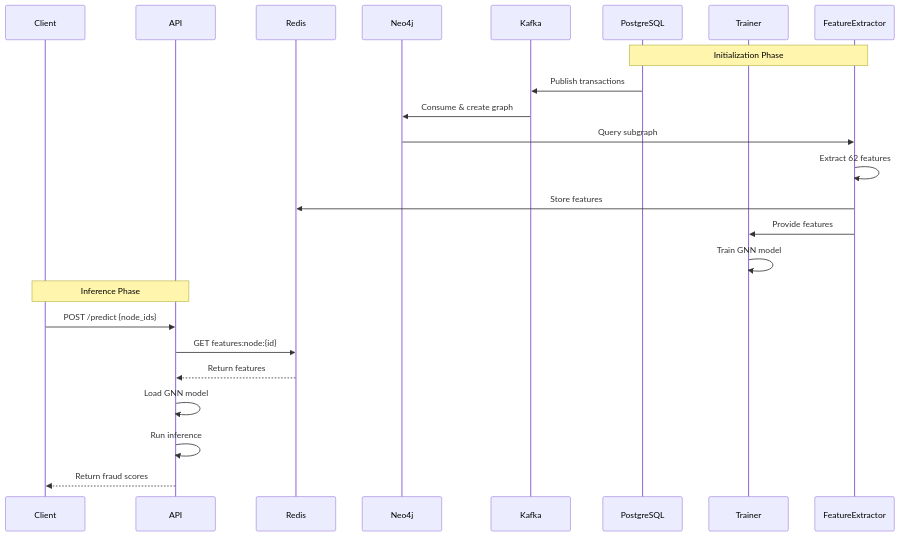
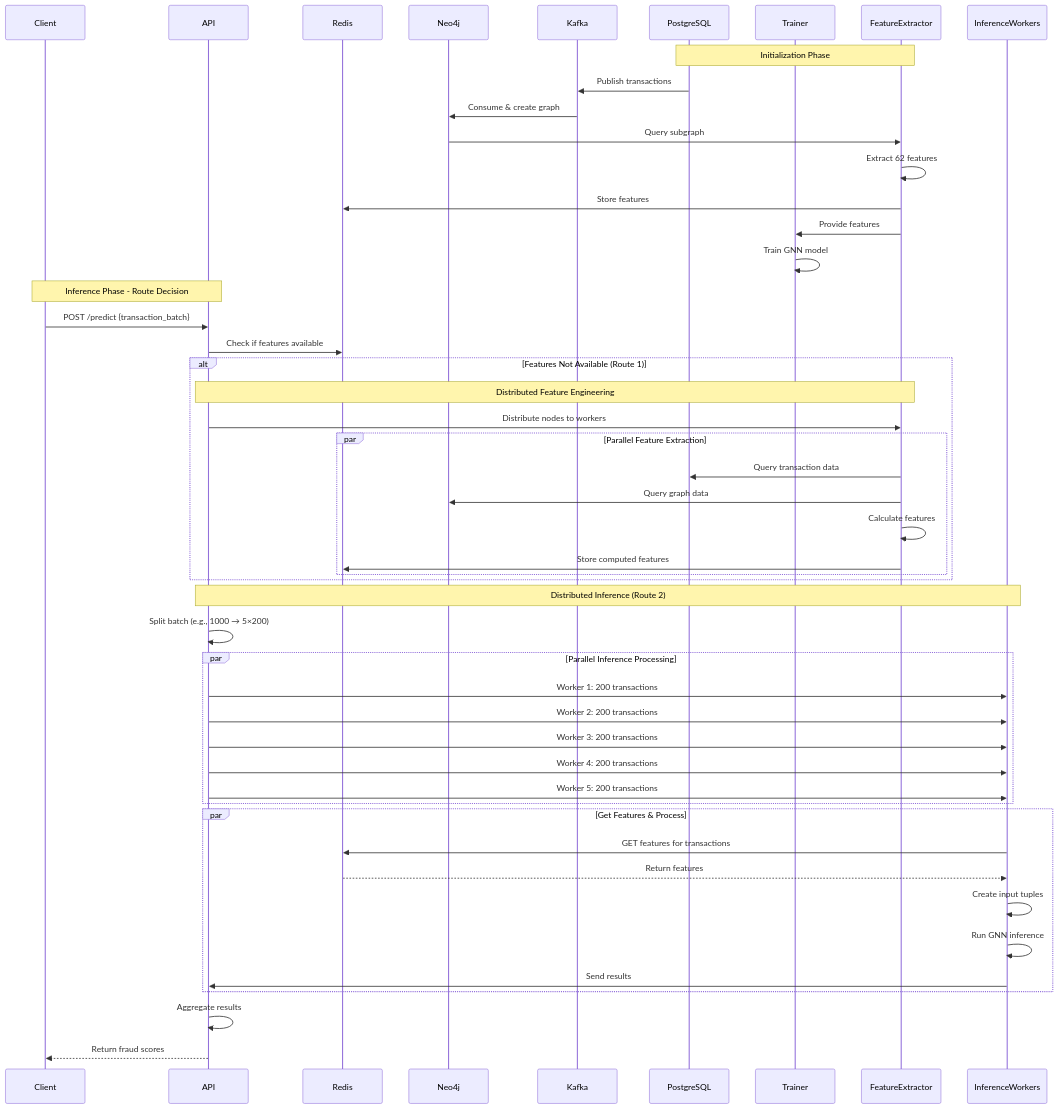
One commit to jayeshakhare33/DiFE changed the fourth of 12 diagrams in readme/architecture/PROJECT_DIAGRAMS.md. Above: the diagram before and after it, drawn with Mermaid. The commit also changed other lines of this file, not shown here.

````diff
--- a/readme/architecture/PROJECT_DIAGRAMS.md
+++ b/readme/architecture/PROJECT_DIAGRAMS.md
@@ -186,28 +200,57 @@
 ```mermaid
 sequenceDiagram
     participant Client
     participant API
     participant Redis
     participant Neo4j
     participant Kafka
     participant PostgreSQL
     participant Trainer
     participant FeatureExtractor
+    participant InferenceWorkers
 
     Note over PostgreSQL,FeatureExtractor: Initialization Phase
     PostgreSQL->>Kafka: Publish transactions
     Kafka->>Neo4j: Consume & create graph
     Neo4j->>FeatureExtractor: Query subgraph
     FeatureExtractor->>FeatureExtractor: Extract 62 features
     FeatureExtractor->>Redis: Store features
     FeatureExtractor->>Trainer: Provide features
     Trainer->>Trainer: Train GNN model
     
-    Note over Client,API: Inference Phase
-    Client->>API: POST /predict {node_ids}
-    API->>Redis: GET features:node:{id}
-    Redis-->>API: Return features
-    API->>API: Load GNN model
-    API->>API: Run inference
+    Note over Client,API: Inference Phase - Route Decision
+    Client->>API: POST /predict {transaction_batch}
+    API->>Redis: Check if features available
+    
+    alt Features Not Available (Route 1)
+        Note over API,FeatureExtractor: Distributed Feature Engineering
+        API->>FeatureExtractor: Distribute nodes to workers
+        par Parallel Feature Extraction
+            FeatureExtractor->>PostgreSQL: Query transaction data
+            FeatureExtractor->>Neo4j: Query graph data
+            FeatureExtractor->>FeatureExtractor: Calculate features
+            FeatureExtractor->>Redis: Store computed features
+        end
+    end
+    
+    Note over API,InferenceWorkers: Distributed Inference (Route 2)
+    API->>API: Split batch (e.g., 1000 → 5×200)
+    par Parallel Inference Processing
+        API->>InferenceWorkers: Worker 1: 200 transactions
+        API->>InferenceWorkers: Worker 2: 200 transactions
+        API->>InferenceWorkers: Worker 3: 200 transactions
+        API->>InferenceWorkers: Worker 4: 200 transactions
+        API->>InferenceWorkers: Worker 5: 200 transactions
+    end
+    
+    par Get Features & Process
+        InferenceWorkers->>Redis: GET features for transactions
+        Redis-->>InferenceWorkers: Return features
+        InferenceWorkers->>InferenceWorkers: Create input tuples
+        InferenceWorkers->>InferenceWorkers: Run GNN inference
+        InferenceWorkers->>API: Send results
+    end
+    
+    API->>API: Aggregate results
     API-->>Client: Return fraud scores
 ```
````
